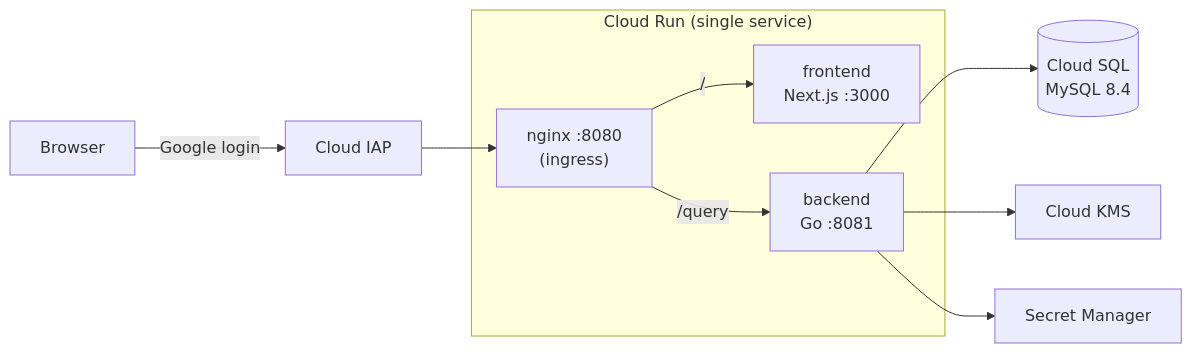
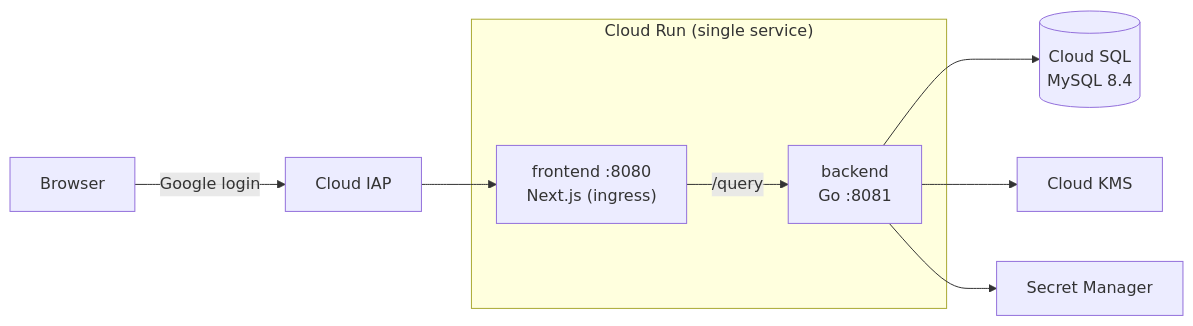
The diagram in README.md (suda-3156/kkb), drawn with Mermaid before and after one commit. The commit also changed other lines of this file and 5 other files, not shown here.

Commit message:
feat: remove the nginx container and use the rewrite option of Next.js to map graphql request to the api server

````diff
--- a/README.md
+++ b/README.md
@@ -15,15 +15,13 @@
 ```mermaid
 flowchart LR
     B[Browser] -->|Google login| IAP[Cloud IAP]
     subgraph CR["Cloud Run (single service)"]
-        N["nginx :8080<br>(ingress)"]
-        F["frontend<br>Next.js :3000"]
+        F["frontend :8080<br>Next.js (ingress)"]
         A["backend<br>Go :8081"]
-        N -->|"/"| F
-        N -->|"/query"| A
+        F -->|"/query"| A
     end
-    IAP --> N
+    IAP --> F
     A --> SQL[("Cloud SQL<br>MySQL 8.4")]
     A --> KMS[Cloud KMS]
     A --> SM[Secret Manager]
 ```
````
